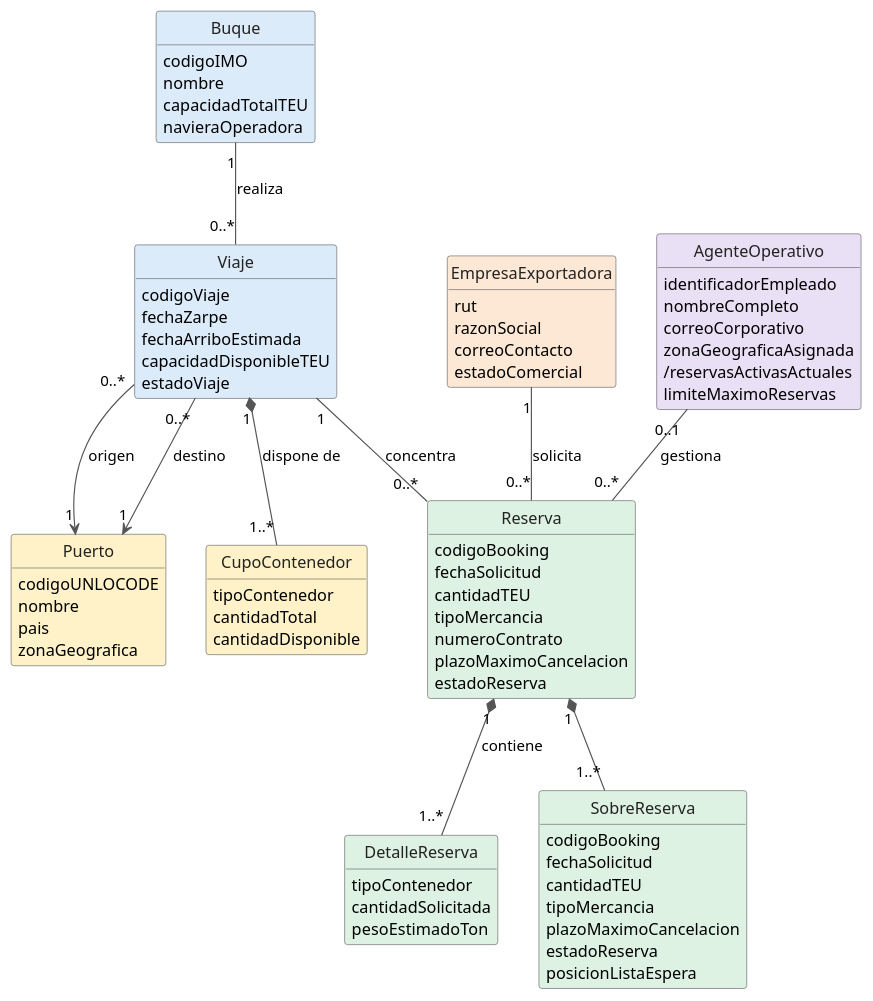
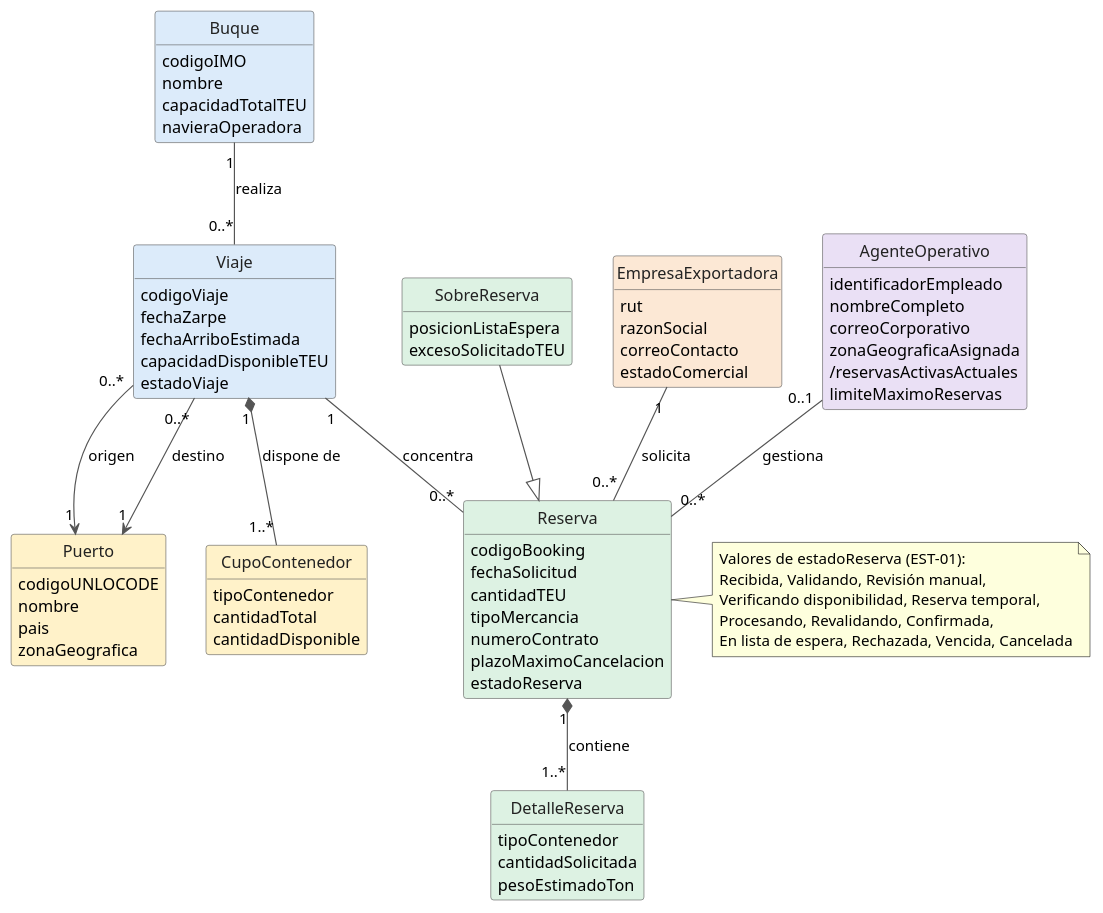
The diagram in diagramas/modelo-dominio.puml (NaviCarga/Navieras), drawn with PlantUML before and after one commit. The commit also changed 2 other files, not shown here.

```diff
--- a/diagramas/modelo-dominio.puml
+++ b/diagramas/modelo-dominio.puml
@@ -1,117 +1,121 @@
 @startuml
 skinparam classAttributeIconSize 0
 skinparam monochrome false
 skinparam shadowing false
 skinparam ArrowColor #555555
 skinparam classBorderColor #555555
 skinparam classFontColor #222222
 
 hide circle
 hide empty methods
 
 ' =========================
 ' CLASES DE TRANSPORTE
 ' =========================
 
 class Buque #DCEBFA {
   codigoIMO
   nombre
   capacidadTotalTEU
   navieraOperadora
 }
 
 class Viaje #DCEBFA {
   codigoViaje
   fechaZarpe
   fechaArriboEstimada
   capacidadDisponibleTEU
   estadoViaje
 }
 
 ' =========================
 ' CLASES DE INFRAESTRUCTURA
 ' =========================
 
 class Puerto #FFF2C9 {
   codigoUNLOCODE
   nombre
   pais
   zonaGeografica
 }
 
 class CupoContenedor #FFF2C9 {
   tipoContenedor
   cantidadTotal
   cantidadDisponible
 }
 
 ' =========================
 ' CLASES DE RESERVAS
 ' =========================
 
 class Reserva #DDF2E3 {
   codigoBooking
   fechaSolicitud
   cantidadTEU
   tipoMercancia
   numeroContrato
   plazoMaximoCancelacion
   estadoReserva
 }
 
+note right of Reserva
+  Valores de estadoReserva (EST-01):
+  Recibida, Validando, Revisión manual,
+  Verificando disponibilidad, Reserva temporal,
+  Procesando, Revalidando, Confirmada,
+  En lista de espera, Rechazada, Vencida, Cancelada
+end note
+
 class DetalleReserva #DDF2E3 {
   tipoContenedor
   cantidadSolicitada
   pesoEstimadoTon
 }
-class SobreReserva #DDF2E3{
-  codigoBooking
-  fechaSolicitud
-  cantidadTEU
-  tipoMercancia
-  plazoMaximoCancelacion
-  estadoReserva
+
+class SobreReserva #DDF2E3 {
   posicionListaEspera
+  excesoSolicitadoTEU
 }
 
 ' =========================
 ' CLASES DE ACTORES
 ' =========================
 
 class EmpresaExportadora #FCE8D5 {
   rut
   razonSocial
   correoContacto
   estadoComercial
 }
 
 class AgenteOperativo #EAE0F5 {
   identificadorEmpleado
   nombreCompleto
   correoCorporativo
   zonaGeograficaAsignada
   /reservasActivasActuales
   limiteMaximoReservas
 }
 
 ' =========================
 ' RELACIONES
 ' =========================
 
 Buque "1" -- "0..*" Viaje : realiza
 
 Viaje "0..*" --> "1" Puerto : origen
 Viaje "0..*" --> "1" Puerto : destino
 
 Viaje "1" *-- "1..*" CupoContenedor : dispone de
 
 Viaje "1" -- "0..*" Reserva : concentra
 
 Reserva "1" *-- "1..*" DetalleReserva : contiene
 
-Reserva "1" *-- "1..*"  SobreReserva 
+SobreReserva --|> Reserva
 
 EmpresaExportadora "1" -- "0..*" Reserva : solicita
 
 AgenteOperativo "0..1" -- "0..*" Reserva : gestiona
 @enduml
```
